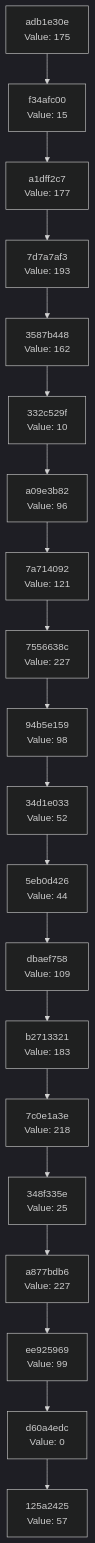
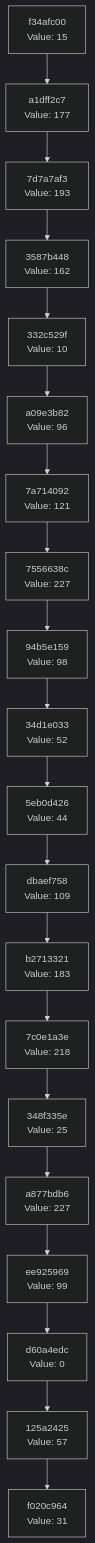
Before and after one commit to Abhisheksinha1506/hash-chain-evolver: the diagram in docs/CHAIN_VISUALIZATION.md, drawn with Mermaid (dark theme). The commit also changed 2 other files, not shown here.

Commit message:
Evolution step: hash 0x1F → action executed

````diff
--- a/docs/CHAIN_VISUALIZATION.md
+++ b/docs/CHAIN_VISUALIZATION.md
@@ -3,42 +3,42 @@
 ```mermaid
 graph TD
-    C0["125a2425<br/>Value: 57"]
-    C1["d60a4edc<br/>Value: 0"]
+    C0["f020c964<br/>Value: 31"]
+    C1["125a2425<br/>Value: 57"]
     C1 --> C0
-    C2["ee925969<br/>Value: 99"]
+    C2["d60a4edc<br/>Value: 0"]
     C2 --> C1
-    C3["a877bdb6<br/>Value: 227"]
+    C3["ee925969<br/>Value: 99"]
     C3 --> C2
-    C4["348f335e<br/>Value: 25"]
+    C4["a877bdb6<br/>Value: 227"]
     C4 --> C3
-    C5["7c0e1a3e<br/>Value: 218"]
+    C5["348f335e<br/>Value: 25"]
     C5 --> C4
-    C6["b2713321<br/>Value: 183"]
+    C6["7c0e1a3e<br/>Value: 218"]
     C6 --> C5
-    C7["dbaef758<br/>Value: 109"]
+    C7["b2713321<br/>Value: 183"]
     C7 --> C6
-    C8["5eb0d426<br/>Value: 44"]
+    C8["dbaef758<br/>Value: 109"]
     C8 --> C7
-    C9["34d1e033<br/>Value: 52"]
+    C9["5eb0d426<br/>Value: 44"]
     C9 --> C8
-    C10["94b5e159<br/>Value: 98"]
+    C10["34d1e033<br/>Value: 52"]
     C10 --> C9
-    C11["7556638c<br/>Value: 227"]
+    C11["94b5e159<br/>Value: 98"]
     C11 --> C10
-    C12["7a714092<br/>Value: 121"]
+    C12["7556638c<br/>Value: 227"]
     C12 --> C11
-    C13["a09e3b82<br/>Value: 96"]
+    C13["7a714092<br/>Value: 121"]
     C13 --> C12
-    C14["332c529f<br/>Value: 10"]
+    C14["a09e3b82<br/>Value: 96"]
     C14 --> C13
-    C15["3587b448<br/>Value: 162"]
+    C15["332c529f<br/>Value: 10"]
     C15 --> C14
-    C16["7d7a7af3<br/>Value: 193"]
+    C16["3587b448<br/>Value: 162"]
     C16 --> C15
-    C17["a1dff2c7<br/>Value: 177"]
+    C17["7d7a7af3<br/>Value: 193"]
     C17 --> C16
-    C18["f34afc00<br/>Value: 15"]
+    C18["a1dff2c7<br/>Value: 177"]
     C18 --> C17
-    C19["adb1e30e<br/>Value: 175"]
+    C19["f34afc00<br/>Value: 15"]
     C19 --> C18
 ```
````
